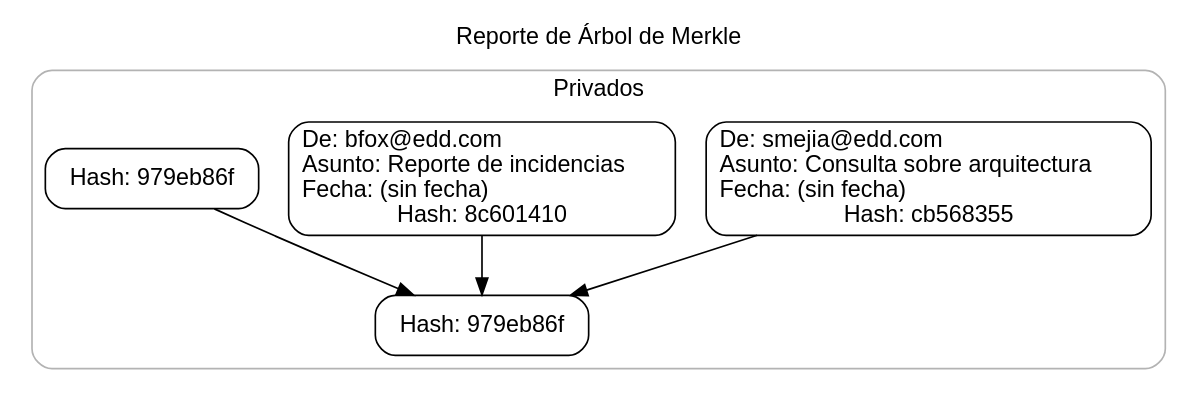
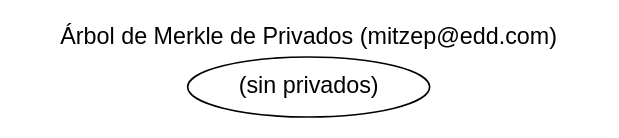
The diagram in Fase3/src/Reportes/Usuario-Reportes/mitzep@edd.com/privados_merkle.dot (ChristianChinchilla/-EDD-2S2025_202308227), drawn with Graphviz before and after one commit. The commit also changed 36 other files, not shown here.

```diff
--- a/Fase3/src/Reportes/Usuario-Reportes/mitzep@edd.com/privados_merkle.dot
+++ b/Fase3/src/Reportes/Usuario-Reportes/mitzep@edd.com/privados_merkle.dot
@@ -1,13 +1,7 @@
 digraph G {
+  rankdir=TB;
   graph [fontname="Helvetica"];
-  labelloc="t"; label="Reporte de Árbol de Merkle";
-  subgraph cluster0 { label="Privados"; style="rounded"; color="gray70";
-  leaf0 [shape=box, style="rounded", fontname="Helvetica", label="De: smejia@edd.com\lAsunto: Consulta sobre arquitectura\lFecha: (sin fecha)\lHash: cb568355"];
-  leaf1 [shape=box, style="rounded", fontname="Helvetica", label="De: bfox@edd.com\lAsunto: Reporte de incidencias\lFecha: (sin fecha)\lHash: 8c601410"];
-  n_0_0 [shape=box, style="rounded", fontname="Helvetica", label="Hash: 979eb86f"];
-  leaf0 -> n_0_0;
-  leaf1 -> n_0_0;
-  root [shape=box, style="rounded", fontname="Helvetica", label="Hash: 979eb86f"];
-  root -> n_0_0;
-  }
+  node  [fontname="Helvetica"];
+  labelloc="t"; label="Árbol de Merkle de Privados (mitzep@edd.com)";
+  Empty [label="(sin privados)"];
 }
```
